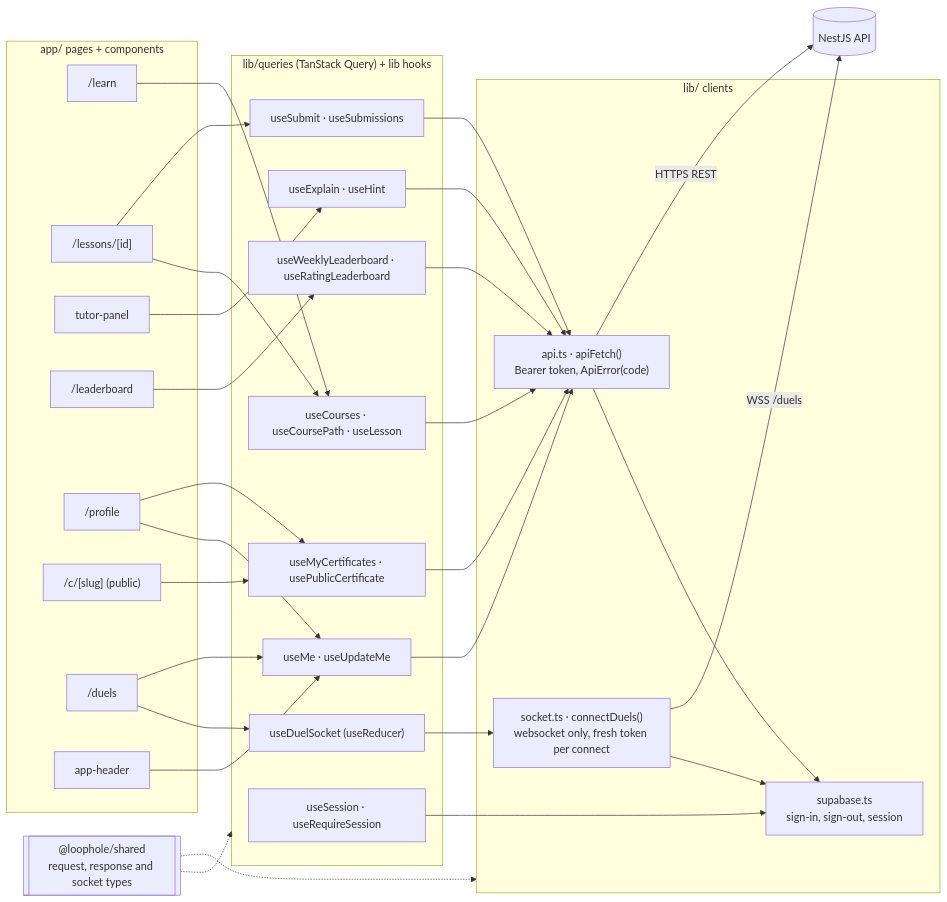
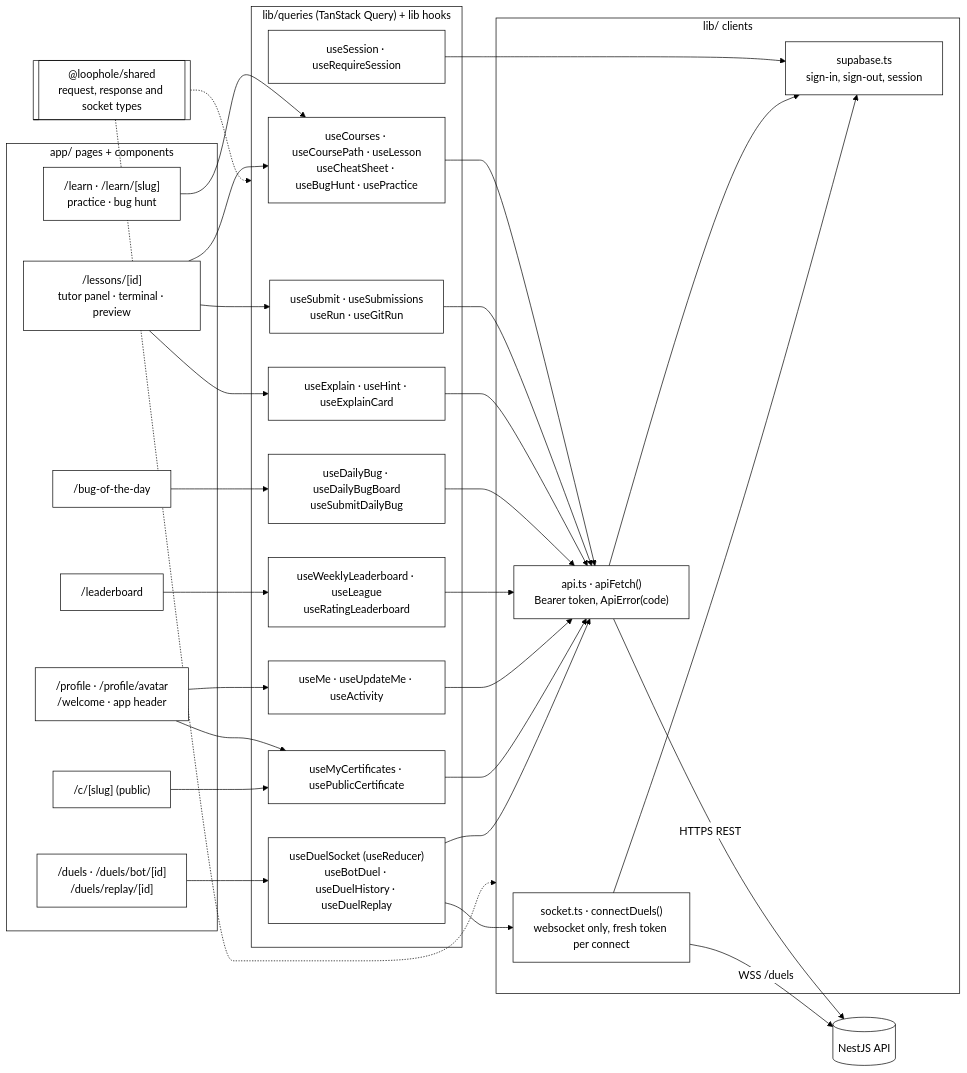
Before and after one commit to Hritik-sharmaa/loophole: diagram 14 of 14 in docs/diagrams/architecture.md, drawn with Mermaid. The commit also changed other lines of this file and 4 other files, not shown here.

Commit message:
docs: add architecture and system design diagrams with documentation

````diff
--- a/docs/diagrams/architecture.md
+++ b/docs/diagrams/architecture.md
@@ -756,61 +899,63 @@
 ```mermaid
+%%{init: {"theme": "base", "themeVariables": {"background": "#ffffff", "primaryColor": "#ffffff", "primaryTextColor": "#000000", "primaryBorderColor": "#000000", "secondaryColor": "#ffffff", "tertiaryColor": "#ffffff", "lineColor": "#000000", "textColor": "#000000", "mainBkg": "#ffffff", "nodeBorder": "#000000", "clusterBkg": "#ffffff", "clusterBorder": "#000000", "edgeLabelBackground": "#ffffff", "titleColor": "#000000"}}}%%
 flowchart LR
     subgraph pages["app/ pages + components"]
-        pLearn["/learn"]
-        pLesson["/lessons/[id]"]
-        pTutor["tutor-panel"]
+        pLearn["/learn · /learn/[slug]<br/>practice · bug hunt"]
+        pLesson["/lessons/[id]<br/>tutor panel · terminal · preview"]
+        pDaily["/bug-of-the-day"]
+        pDuels["/duels · /duels/bot/[id]<br/>/duels/replay/[id]"]
         pBoard["/leaderboard"]
-        pProfile["/profile"]
+        pProfile["/profile · /profile/avatar<br/>/welcome · app header"]
         pCert["/c/[slug] (public)"]
-        pDuels["/duels"]
-        pHeader["app-header"]
     end
 
     subgraph hooks["lib/queries (TanStack Query) + lib hooks"]
-        hLessons["useCourses · useCoursePath · useLesson"]
-        hSub["useSubmit · useSubmissions"]
-        hAi["useExplain · useHint"]
-        hBoard["useWeeklyLeaderboard · useRatingLeaderboard"]
-        hMe["useMe · useUpdateMe"]
+        hLessons["useCourses · useCoursePath · useLesson<br/>useCheatSheet · useBugHunt · usePractice"]
+        hSub["useSubmit · useSubmissions<br/>useRun · useGitRun"]
+        hAi["useExplain · useHint · useExplainCard"]
+        hDaily["useDailyBug · useDailyBugBoard<br/>useSubmitDailyBug"]
+        hDuel["useDuelSocket (useReducer)<br/>useBotDuel · useDuelHistory · useDuelReplay"]
+        hBoard["useWeeklyLeaderboard · useLeague<br/>useRatingLeaderboard"]
+        hMe["useMe · useUpdateMe · useActivity"]
         hCert["useMyCertificates · usePublicCertificate"]
-        hDuel["useDuelSocket (useReducer)"]
         hSession["useSession · useRequireSession"]
     end
 
     subgraph lib["lib/ clients"]
         apiFetch["api.ts · apiFetch()<br/>Bearer token, ApiError(code)"]
         socket["socket.ts · connectDuels()<br/>websocket only, fresh token per connect"]
         sb["supabase.ts<br/>sign-in, sign-out, session"]
     end
 
     shared[["@loophole/shared<br/>request, response and socket types"]]
     api[("NestJS API")]
 
     pLearn --> hLessons
     pLesson --> hLessons
     pLesson --> hSub
-    pTutor --> hAi
+    pLesson --> hAi
+    pDaily --> hDaily
+    pDuels --> hDuel
     pBoard --> hBoard
     pProfile --> hMe
     pProfile --> hCert
     pCert --> hCert
-    pHeader --> hMe
-    pDuels --> hDuel
-    pDuels --> hMe
 
     hLessons --> apiFetch
     hSub --> apiFetch
     hAi --> apiFetch
+    hDaily --> apiFetch
     hBoard --> apiFetch
     hMe --> apiFetch
     hCert --> apiFetch
+    hDuel --> apiFetch
     hDuel --> socket
     hSession --> sb
     apiFetch --> sb
     socket --> sb
 
     apiFetch -- "HTTPS REST" --> api
     socket -- "WSS /duels" --> api
     shared -.-> hooks
     shared -.-> lib
 ```
````
